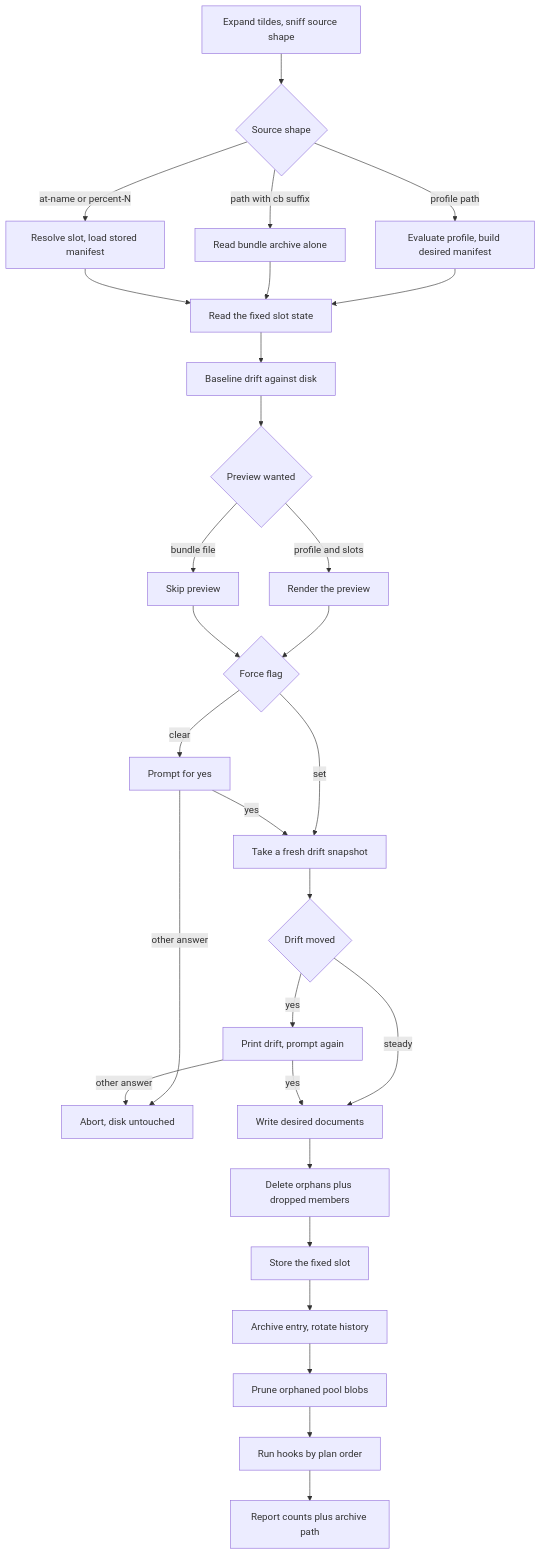
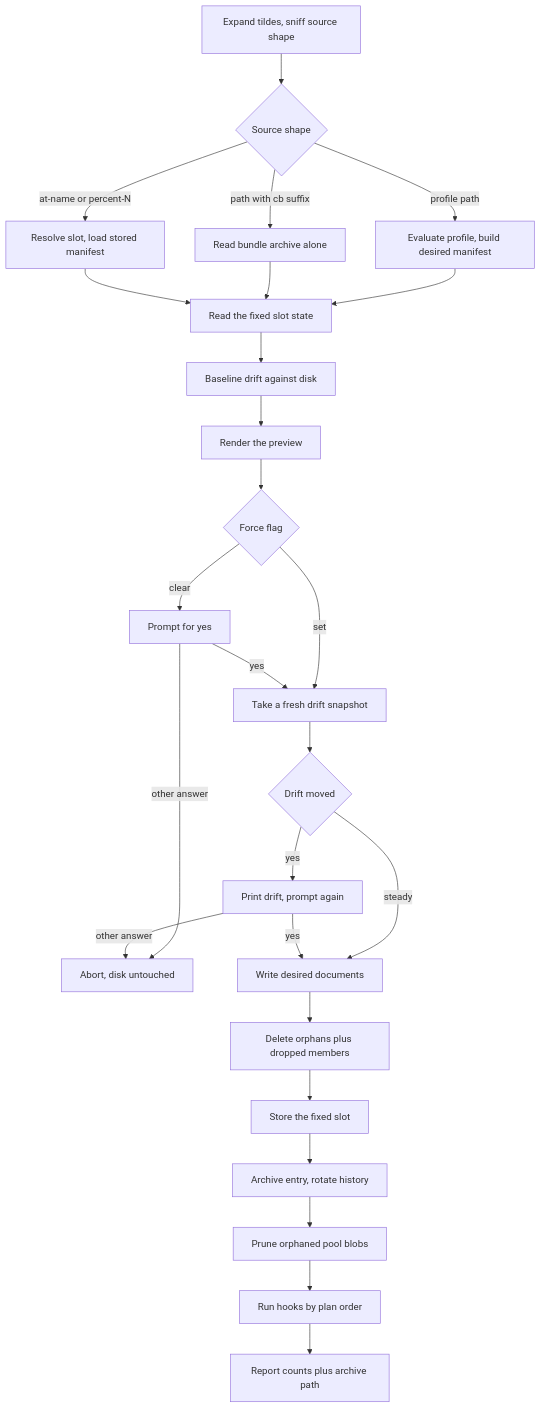
Before and after one commit to SolracHQ/confit: the diagram in docs/book/src/spec/resources/apply.mmd, drawn with Mermaid. The commit also changed 11 other files, not shown here.

```diff
--- a/docs/book/src/spec/resources/apply.mmd
+++ b/docs/book/src/spec/resources/apply.mmd
@@ -1,29 +1,26 @@
 flowchart TD
     A[Expand tildes, sniff source shape] --> B{Source shape}
     B -- profile path --> C[Evaluate profile, build desired manifest]
     B -- path with cb suffix --> D[Read bundle archive alone]
     B -- at-name or percent-N --> E[Resolve slot, load stored manifest]
     C --> F[Read the fixed slot state]
     D --> F
     E --> F
     F --> G[Baseline drift against disk]
-    G --> H{Preview wanted}
-    H -- profile and slots --> I[Render the preview]
-    H -- bundle file --> J[Skip preview]
+    G --> I[Render the preview]
     I --> K{Force flag}
-    J --> K
     K -- set --> L[Take a fresh drift snapshot]
     K -- clear --> M[Prompt for yes]
     M -- other answer --> N[Abort, disk untouched]
     M -- yes --> L
     L --> O{Drift moved}
     O -- yes --> P[Print drift, prompt again]
     O -- steady --> Q[Write desired documents]
     P -- other answer --> N
     P -- yes --> Q
     Q --> R[Delete orphans plus dropped members]
     R --> S[Store the fixed slot]
     S --> T[Archive entry, rotate history]
     T --> U[Prune orphaned pool blobs]
     U --> V[Run hooks by plan order]
     V --> W[Report counts plus archive path]
```
